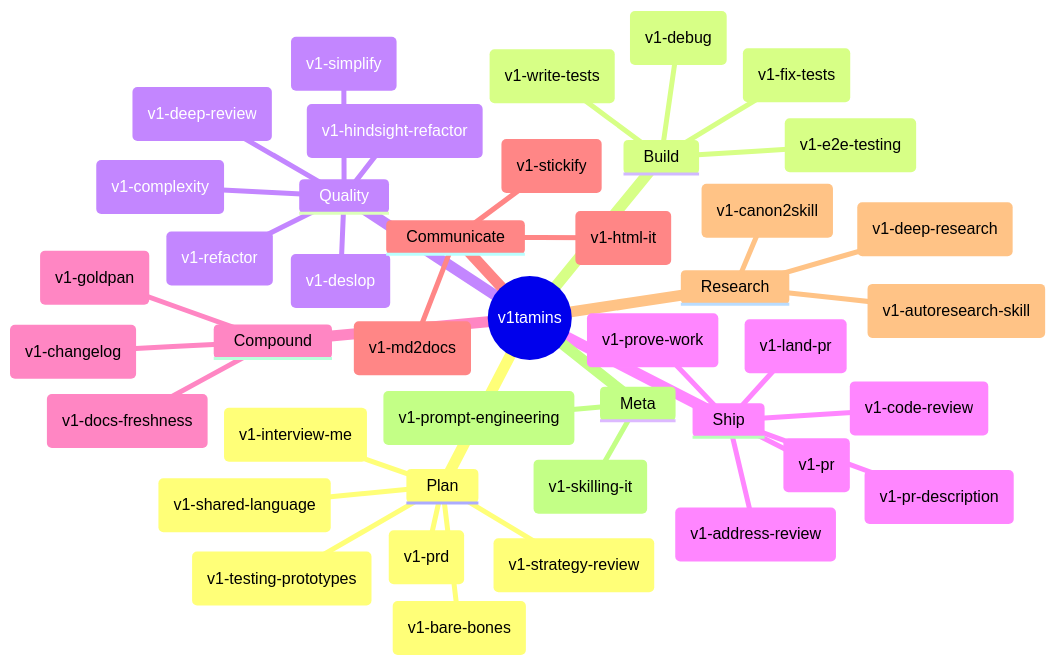
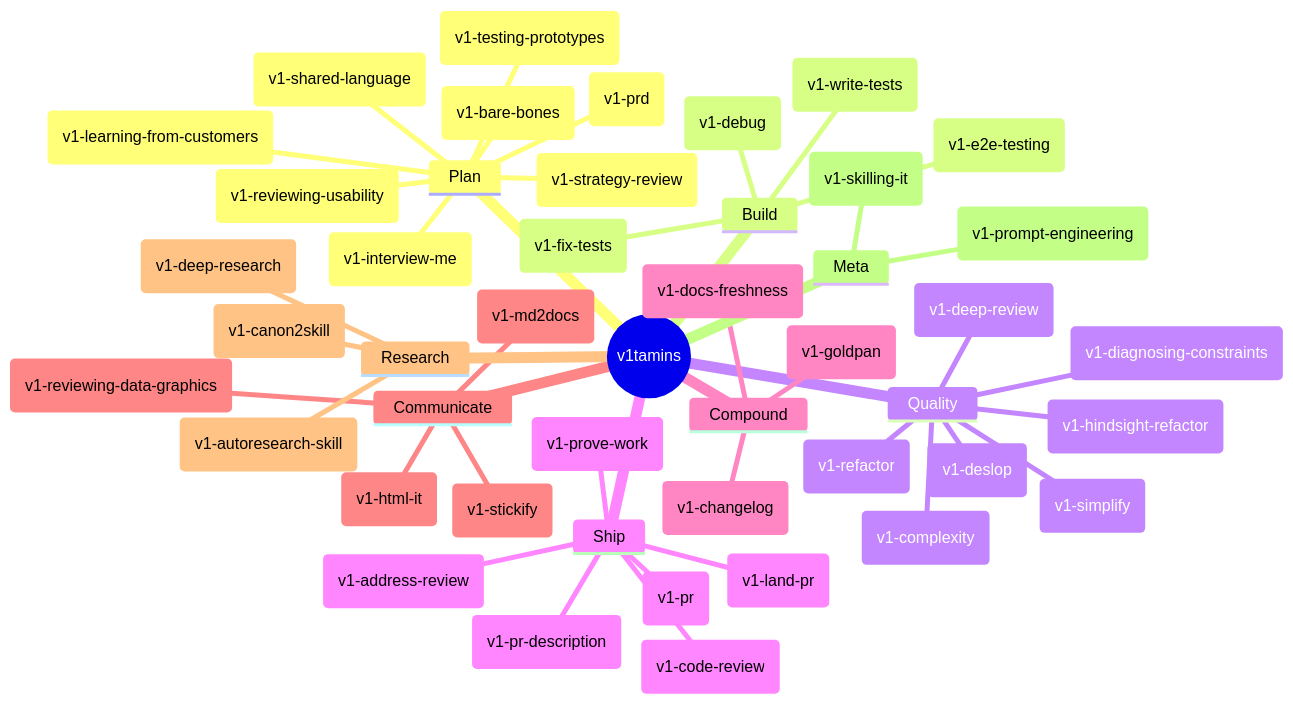
One commit to v1-io/v1tamins changed the first of 6 diagrams in README.md. Above: the diagram before and after it, drawn with Mermaid. The commit also changed other lines of this file and 16 other files, not shown here.

````diff
--- a/README.md
+++ b/README.md
@@ -67,45 +67,49 @@
 ```mermaid
 mindmap
   root((v1tamins))
     Plan
       ("v1-interview-me")
       ("v1-strategy-review")
       ("v1-bare-bones")
       ("v1-shared-language")
       ("v1-prd")
+      ("v1-learning-from-customers")
       ("v1-testing-prototypes")
+      ("v1-reviewing-usability")
     Build
       ("v1-debug")
       ("v1-fix-tests")
       ("v1-write-tests")
       ("v1-e2e-testing")
     Quality
       ("v1-simplify")
       ("v1-deslop")
       ("v1-refactor")
       ("v1-complexity")
       ("v1-hindsight-refactor")
       ("v1-deep-review")
+      ("v1-diagnosing-constraints")
     Ship
       ("v1-pr")
       ("v1-pr-description")
       ("v1-land-pr")
       ("v1-code-review")
       ("v1-address-review")
       ("v1-prove-work")
     Compound
       ("v1-goldpan")
       ("v1-docs-freshness")
       ("v1-changelog")
     Communicate
       ("v1-stickify")
       ("v1-md2docs")
       ("v1-html-it")
+      ("v1-reviewing-data-graphics")
     Research
       ("v1-deep-research")
       ("v1-autoresearch-skill")
       ("v1-canon2skill")
     Meta
       ("v1-skilling-it")
       ("v1-prompt-engineering")
 ```
````
